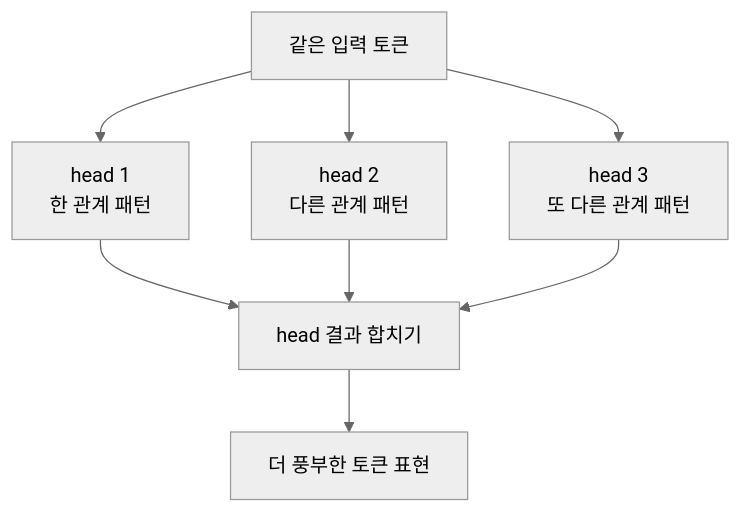
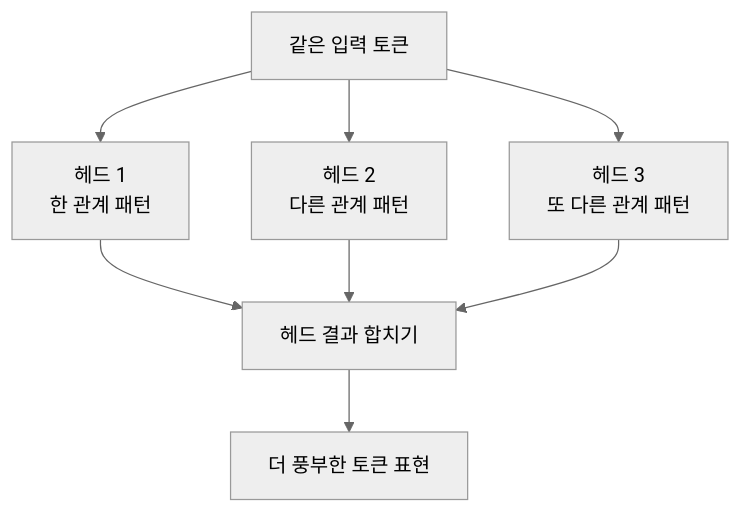
One commit to devchan64/AiBook changed the diagram in docs/assets/part-05/chapter-13/multihead-flow-ko.mmd. Above: the diagram before and after it, drawn with Mermaid (neutral theme). The commit also changed 79 other files, not shown here.

Commit message:
Refine part 5 support materials and part 6 tokenization flow

```diff
--- a/docs/assets/part-05/chapter-13/multihead-flow-ko.mmd
+++ b/docs/assets/part-05/chapter-13/multihead-flow-ko.mmd
@@ -1,15 +1,15 @@
 flowchart TD
   A["같은 입력 토큰"]
-  B["head 1<br/>한 관계 패턴"]
-  C["head 2<br/>다른 관계 패턴"]
-  D["head 3<br/>또 다른 관계 패턴"]
-  E["head 결과 합치기"]
+  B["헤드 1<br/>한 관계 패턴"]
+  C["헤드 2<br/>다른 관계 패턴"]
+  D["헤드 3<br/>또 다른 관계 패턴"]
+  E["헤드 결과 합치기"]
   F["더 풍부한 토큰 표현"]
 
   A --> B
   A --> C
   A --> D
   B --> E
   C --> E
   D --> E
   E --> F
```
